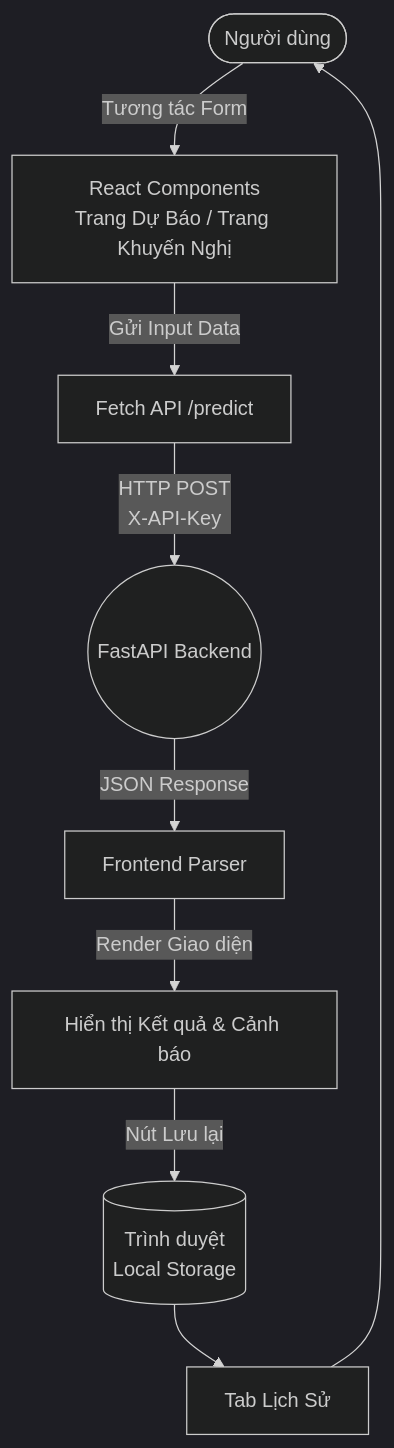
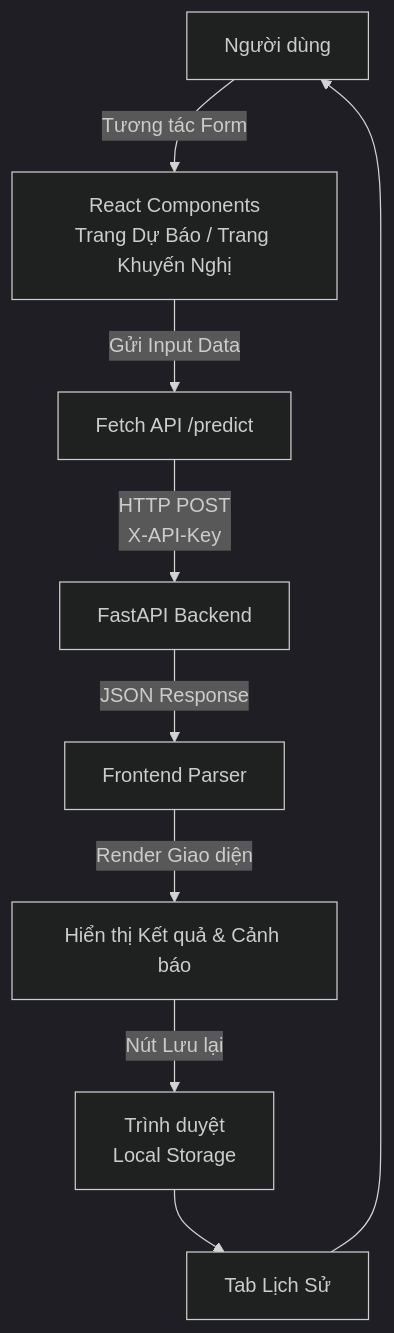
Before and after one commit to uit-25730067-chithanh/AI002-Team22-DT10: the diagram in frontend/README.md, drawn with Mermaid (dark theme). The commit also changed 6 other files, not shown here.

Commit message:
fix: make Mermaid diagrams render on GitHub

````diff
--- a/frontend/README.md
+++ b/frontend/README.md
@@ -15,14 +15,14 @@
 ```mermaid
 flowchart TD
-    User([Người dùng]) -->|Tương tác Form| UI[React Components\nTrang Dự Báo / Trang Khuyến Nghị]
-    UI -->|Gửi Input Data| API_Call[Fetch API /predict]
+    User["Người dùng"] -->|Tương tác Form| UI["React Components<br/>Trang Dự Báo / Trang Khuyến Nghị"]
+    UI -->|Gửi Input Data| API_Call["Fetch API /predict"]
     
-    API_Call -->|HTTP POST\nX-API-Key| Backend((FastAPI Backend))
-    Backend -->|JSON Response| Parser[Frontend Parser]
+    API_Call -->|HTTP POST<br/>X-API-Key| Backend["FastAPI Backend"]
+    Backend -->|JSON Response| Parser["Frontend Parser"]
     
-    Parser -->|Render Giao diện| Display[Hiển thị Kết quả & Cảnh báo]
-    Display -->|Nút Lưu lại| LocalStorage[(Trình duyệt\nLocal Storage)]
+    Parser -->|Render Giao diện| Display["Hiển thị Kết quả & Cảnh báo"]
+    Display -->|Nút Lưu lại| LocalStorage["Trình duyệt<br/>Local Storage"]
     
-    LocalStorage --> HistoryTab[Tab Lịch Sử]
+    LocalStorage --> HistoryTab["Tab Lịch Sử"]
     HistoryTab --> User
 ```
````
